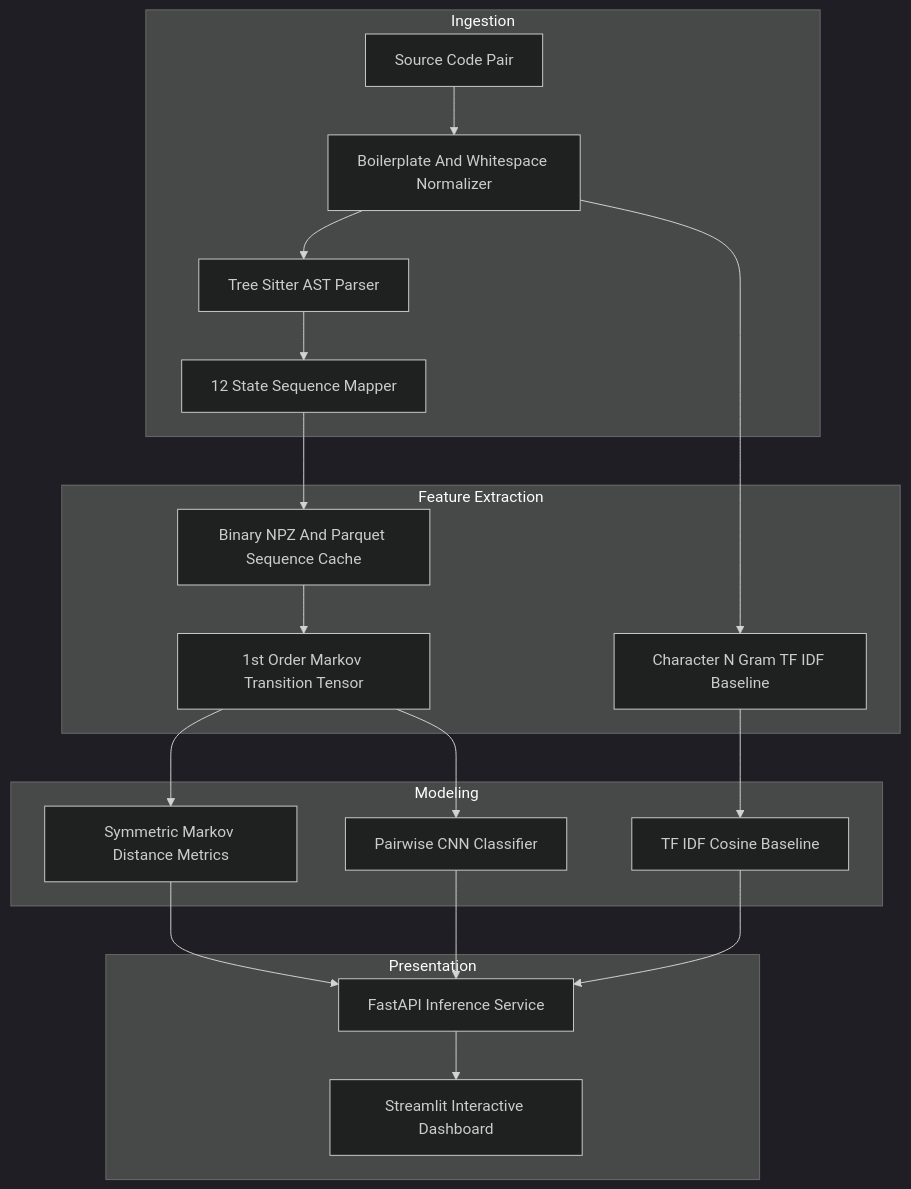
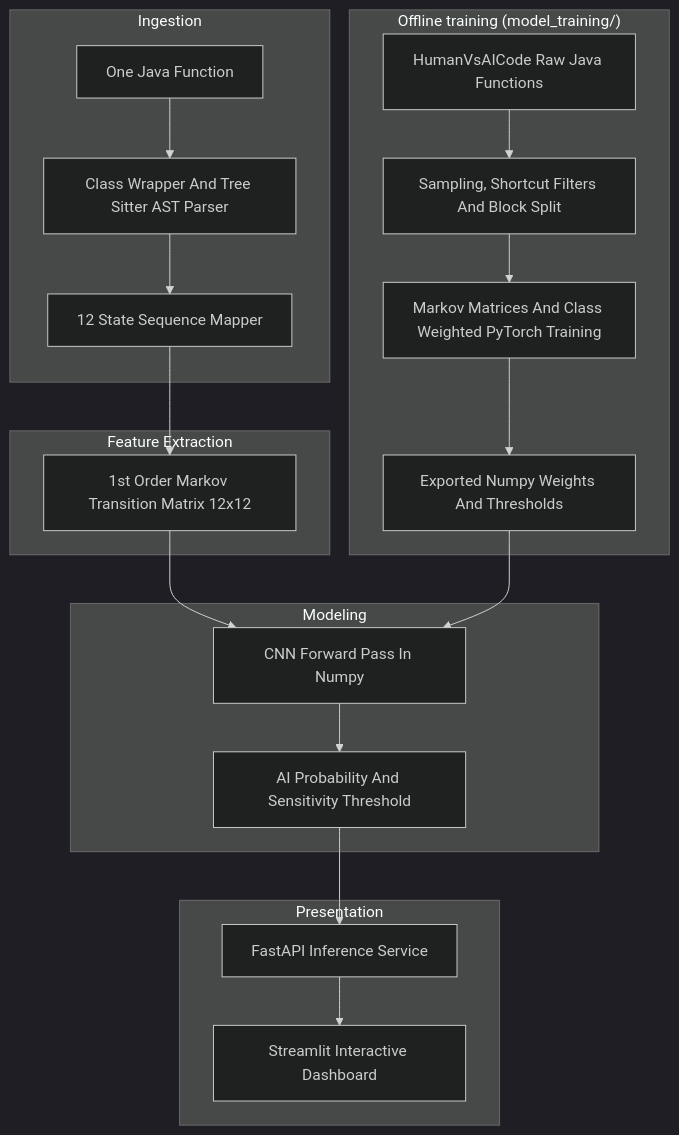
Before and after one commit to dokyuhan/TC3002B_reto: the diagram in docs/architecture.mmd, drawn with Mermaid (dark theme). The commit also changed 4168 other files, not shown here.

```diff
--- a/docs/architecture.mmd
+++ b/docs/architecture.mmd
@@ -1,25 +1,26 @@
 flowchart TD
+    subgraph Training["Offline training (model_training/)"]
+        R1["HumanVsAICode Raw Java Functions"] --> R2["Sampling, Shortcut Filters And Block Split"]
+        R2 --> R3["Markov Matrices And Class Weighted PyTorch Training"]
+        R3 --> R4["Exported Numpy Weights And Thresholds"]
+    end
+
     subgraph Ingestion
-        A1["Source Code Pair"] --> B1["Boilerplate And Whitespace Normalizer"]
-        B1 --> C1["Tree Sitter AST Parser"]
-        C1 --> D1["12 State Sequence Mapper"]
+        A1["One Java Function"] --> B1["Class Wrapper And Tree Sitter AST Parser"]
+        B1 --> D1["12 State Sequence Mapper"]
     end
 
     subgraph FeaturePipeline["Feature Extraction"]
-        D1 --> F1["Binary NPZ And Parquet Sequence Cache"]
-        F1 --> E1["1st Order Markov Transition Tensor"]
-        B1 --> E2["Character N Gram TF IDF Baseline"]
+        D1 --> E1["1st Order Markov Transition Matrix 12x12"]
     end
 
     subgraph ModelingEngine["Modeling"]
-        E1 --> G1["Symmetric Markov Distance Metrics"]
-        E1 --> G2["Pairwise CNN Classifier"]
-        E2 --> G3["TF IDF Cosine Baseline"]
+        E1 --> G1["CNN Forward Pass In Numpy"]
+        R4 --> G1
+        G1 --> G2["AI Probability And Sensitivity Threshold"]
     end
 
     subgraph ServiceLayer["Presentation"]
-        G1 --> H1["FastAPI Inference Service"]
-        G2 --> H1
-        G3 --> H1
+        G2 --> H1["FastAPI Inference Service"]
         H1 --> I1["Streamlit Interactive Dashboard"]
     end
```
